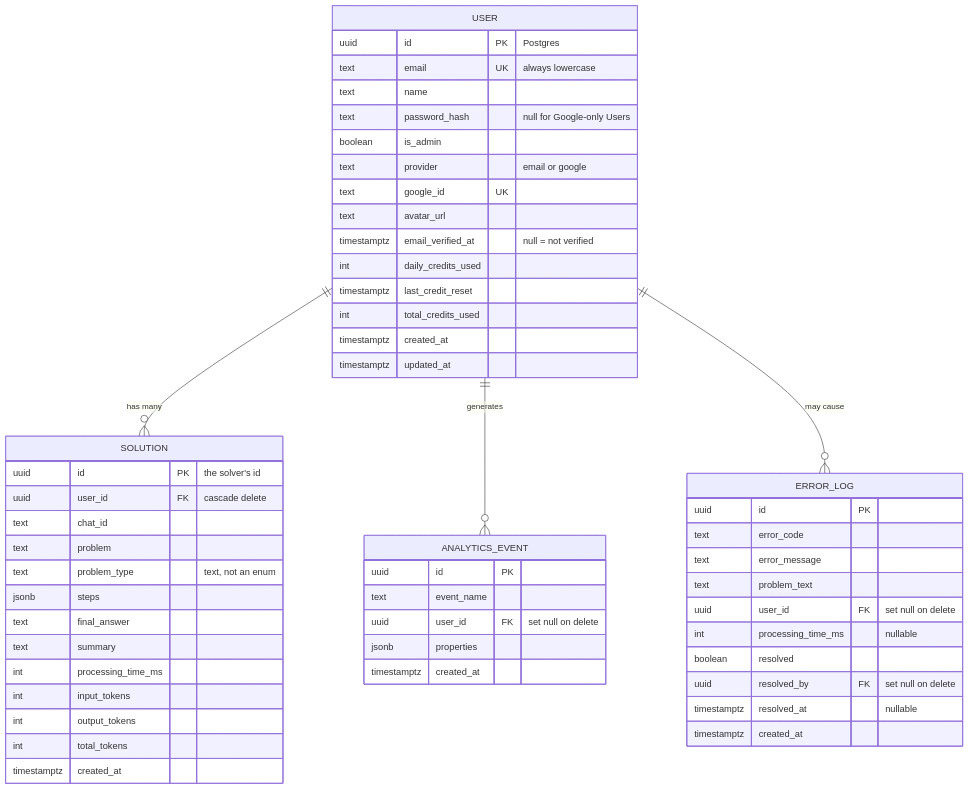
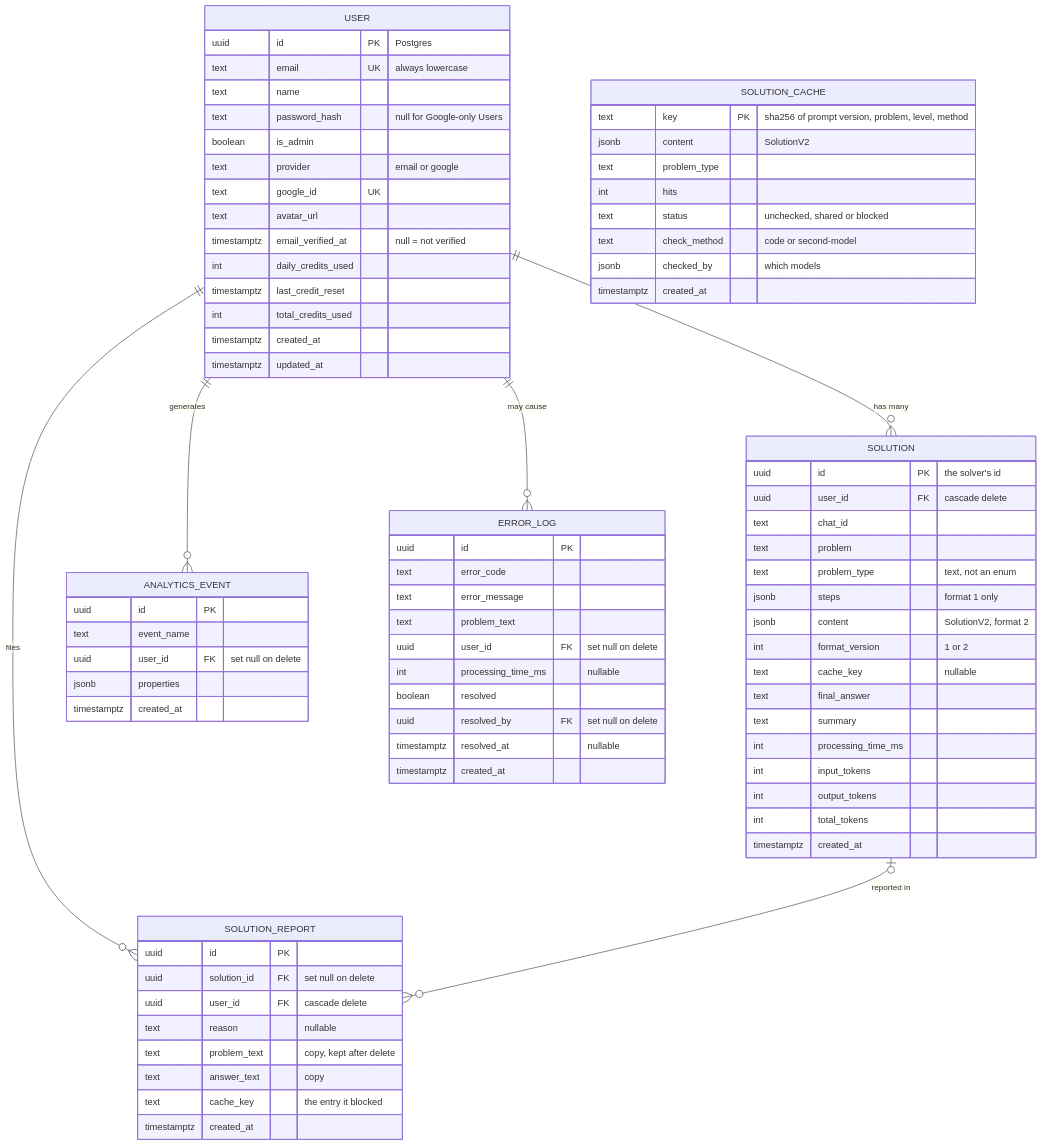
Before and after one commit to AbhishekBalija/MathGPT: the sixth of 8 diagrams in docs/architecture.md, drawn with Mermaid. The commit also changed other lines of this file and 4 other files, not shown here.

````diff
--- a/docs/architecture.md
+++ b/docs/architecture.md
@@ -329,7 +404,10 @@
         text chat_id
         text problem
         text problem_type "text, not an enum"
-        jsonb steps
+        jsonb steps "format 1 only"
+        jsonb content "SolutionV2, format 2"
+        int format_version "1 or 2"
+        text cache_key "nullable"
         text final_answer
         text summary
         int processing_time_ms
@@ -360,7 +438,31 @@
         timestamptz created_at
     }
 
+    SOLUTION_CACHE {
+        text key PK "sha256 of prompt version, problem, level, method"
+        jsonb content "SolutionV2"
+        text problem_type
+        int hits
+        text status "unchecked, shared or blocked"
+        text check_method "code or second-model"
+        jsonb checked_by "which models"
+        timestamptz created_at
+    }
+
+    SOLUTION_REPORT {
+        uuid id PK
+        uuid solution_id FK "set null on delete"
+        uuid user_id FK "cascade delete"
+        text reason "nullable"
+        text problem_text "copy, kept after delete"
+        text answer_text "copy"
+        text cache_key "the entry it blocked"
+        timestamptz created_at
+    }
+
     USER ||--o{ SOLUTION : "has many"
+    USER ||--o{ SOLUTION_REPORT : "files"
+    SOLUTION |o--o{ SOLUTION_REPORT : "reported in"
     USER ||--o{ ANALYTICS_EVENT : "generates"
     USER ||--o{ ERROR_LOG : "may cause"
 ```
````
